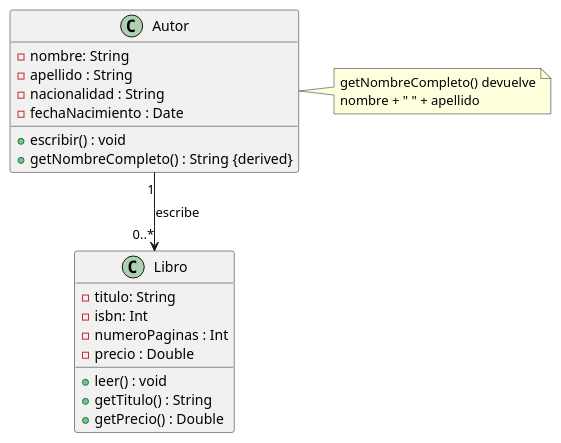
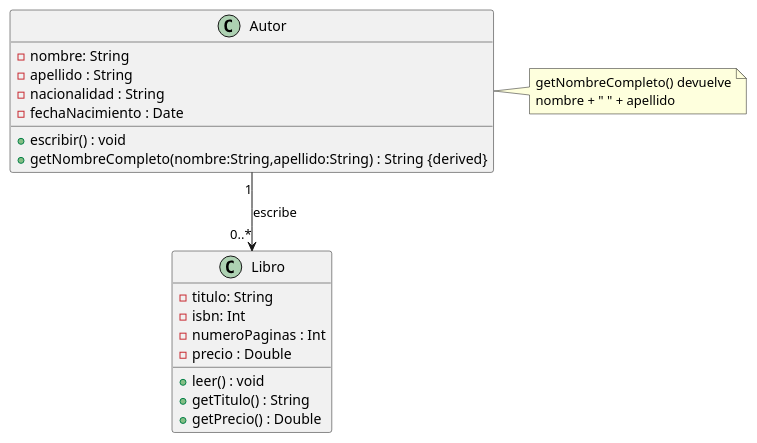
The diagram in src/Ejercicio1.puml (IES-Rafael-Alberti/2526-u3-3-1-diagramaclases-ifonlob), drawn with PlantUML before and after one commit.

Commit message:
Getter añadido

```diff
--- a/src/Ejercicio1.puml
+++ b/src/Ejercicio1.puml
@@ -1,32 +1,32 @@
 @startuml
 
 class Autor{
 - nombre: String
 - apellido : String
 - nacionalidad : String
 - fechaNacimiento : Date
 + escribir() : void
-+ getNombreCompleto() : String {derived}
++ getNombreCompleto(nombre:String,apellido:String) : String {derived}
 
 }
 
 class Libro{
 - titulo: String
 - isbn: Int
 - numeroPaginas : Int
 - precio : Double
 + leer() : void
 + getTitulo() : String
 + getPrecio() : Double
 
 }
 
 
 Autor "1" --> "0..*" Libro : escribe 
 
 note right of Autor
 getNombreCompleto() devuelve
 nombre + " " + apellido
 end note
 
 @enduml
```
